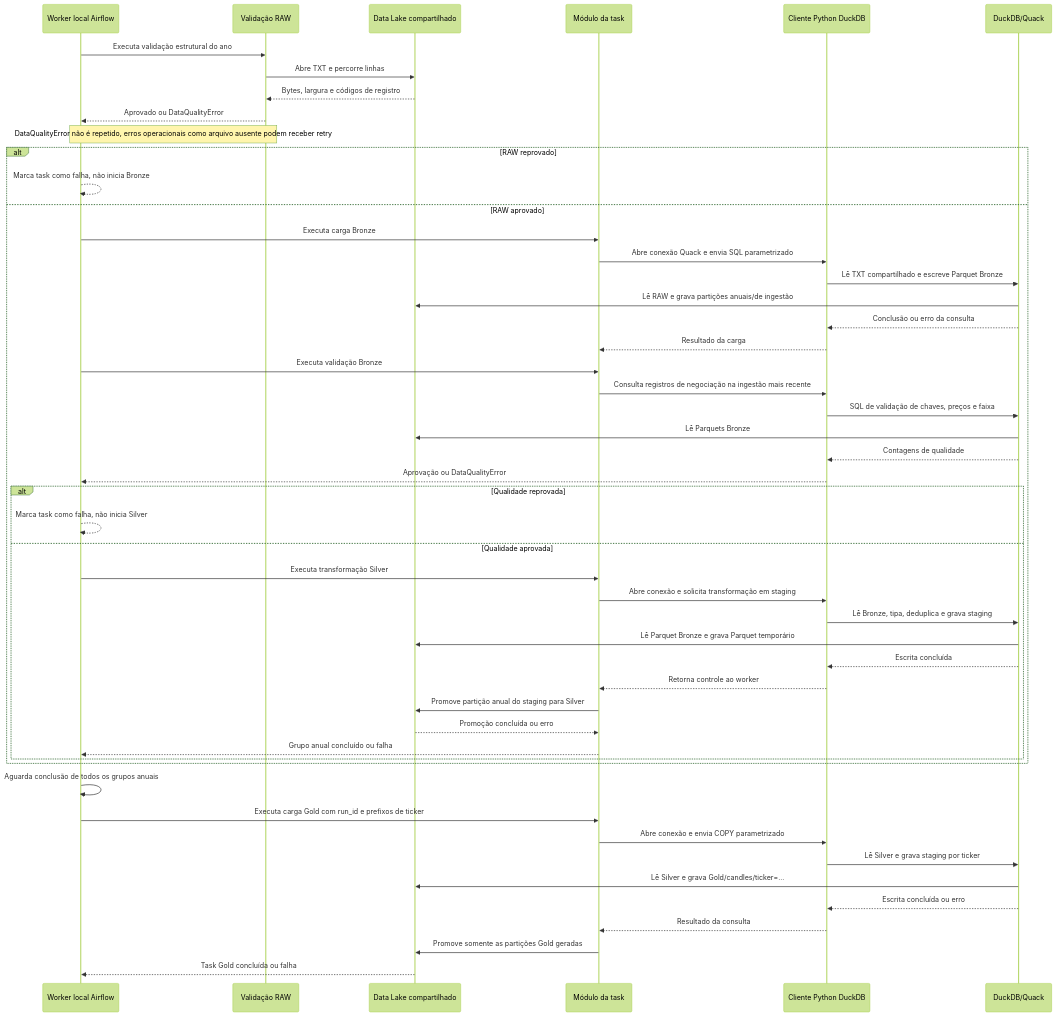
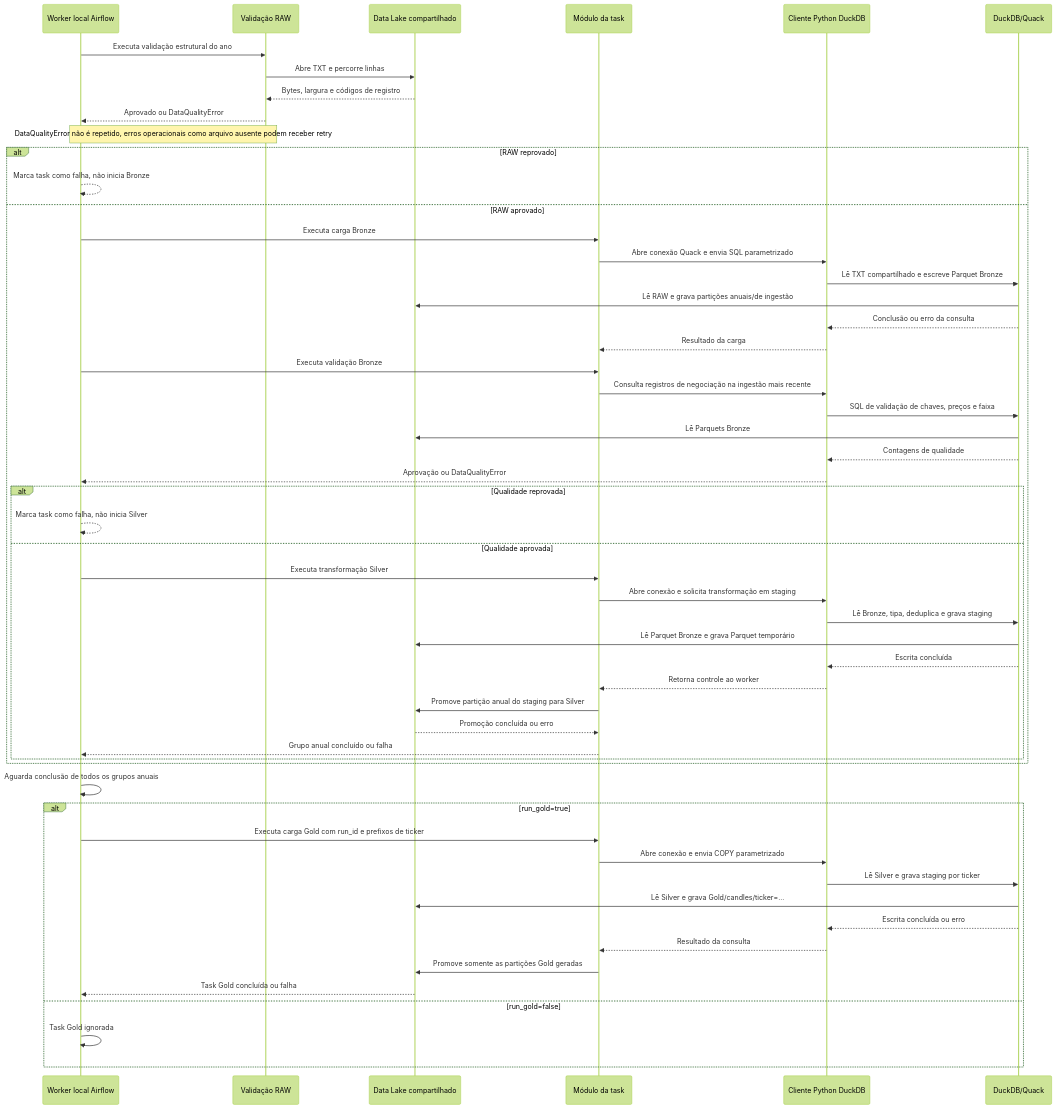
The second of 2 diagrams in B3-Pipelines/docs/historical-series/diagrama-sequencia.md (BiellBatista/Python.DataEngineering), drawn with Mermaid (forest theme) before and after one commit. The commit also changed other lines of this file and 4 other files, not shown here.

First line of the commit message:
feat: simplify Gold ticker selector and add run_gold toggle

````diff
--- a/B3-Pipelines/docs/historical-series/diagrama-sequencia.md
+++ b/B3-Pipelines/docs/historical-series/diagrama-sequencia.md
@@ -37,53 +37,57 @@
 ```mermaid
 sequenceDiagram
     participant Worker as Worker local Airflow
     participant RawCheck as Validação RAW
     participant Lake as Data Lake compartilhado
     participant Loader as Módulo da task
     participant Client as Cliente Python DuckDB
     participant Quack as DuckDB/Quack
 
     Worker->>RawCheck: Executa validação estrutural do ano
     RawCheck->>Lake: Abre TXT e percorre linhas
     Lake-->>RawCheck: Bytes, largura e códigos de registro
     RawCheck-->>Worker: Aprovado ou DataQualityError
     Note over Worker,RawCheck: DataQualityError não é repetido, erros operacionais como arquivo ausente podem receber retry
     alt RAW reprovado
         Worker-->>Worker: Marca task como falha, não inicia Bronze
     else RAW aprovado
         Worker->>Loader: Executa carga Bronze
         Loader->>Client: Abre conexão Quack e envia SQL parametrizado
         Client->>Quack: Lê TXT compartilhado e escreve Parquet Bronze
         Quack->>Lake: Lê RAW e grava partições anuais/de ingestão
         Quack-->>Client: Conclusão ou erro da consulta
         Client-->>Loader: Resultado da carga
         Worker->>Loader: Executa validação Bronze
         Loader->>Client: Consulta registros de negociação na ingestão mais recente
         Client->>Quack: SQL de validação de chaves, preços e faixa
         Quack->>Lake: Lê Parquets Bronze
         Quack-->>Client: Contagens de qualidade
         Client-->>Worker: Aprovação ou DataQualityError
         alt Qualidade reprovada
             Worker-->>Worker: Marca task como falha, não inicia Silver
         else Qualidade aprovada
             Worker->>Loader: Executa transformação Silver
             Loader->>Client: Abre conexão e solicita transformação em staging
             Client->>Quack: Lê Bronze, tipa, deduplica e grava staging
             Quack->>Lake: Lê Parquet Bronze e grava Parquet temporário
             Quack-->>Client: Escrita concluída
             Client-->>Loader: Retorna controle ao worker
             Loader->>Lake: Promove partição anual do staging para Silver
             Lake-->>Loader: Promoção concluída ou erro
             Loader-->>Worker: Grupo anual concluído ou falha
         end
     end
     Worker->>Worker: Aguarda conclusão de todos os grupos anuais
-    Worker->>Loader: Executa carga Gold com run_id e prefixos de ticker
-    Loader->>Client: Abre conexão e envia COPY parametrizado
-    Client->>Quack: Lê Silver e grava staging por ticker
-    Quack->>Lake: Lê Silver e grava Gold/candles/ticker=...
-    Quack-->>Client: Escrita concluída ou erro
-    Client-->>Loader: Resultado da consulta
-    Loader->>Lake: Promove somente as partições Gold geradas
-    Lake-->>Worker: Task Gold concluída ou falha
+    alt run_gold=true
+        Worker->>Loader: Executa carga Gold com run_id e prefixos de ticker
+        Loader->>Client: Abre conexão e envia COPY parametrizado
+        Client->>Quack: Lê Silver e grava staging por ticker
+        Quack->>Lake: Lê Silver e grava Gold/candles/ticker=...
+        Quack-->>Client: Escrita concluída ou erro
+        Client-->>Loader: Resultado da consulta
+        Loader->>Lake: Promove somente as partições Gold geradas
+        Lake-->>Worker: Task Gold concluída ou falha
+    else run_gold=false
+        Worker->>Worker: Task Gold ignorada
+    end
 ```
````
